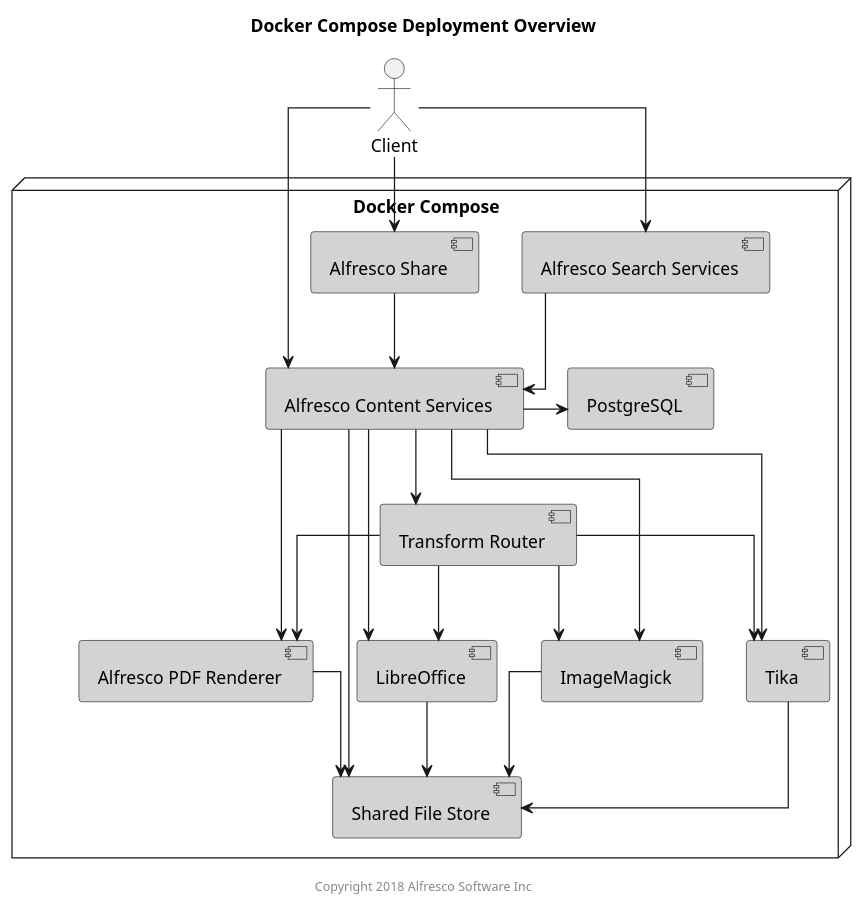
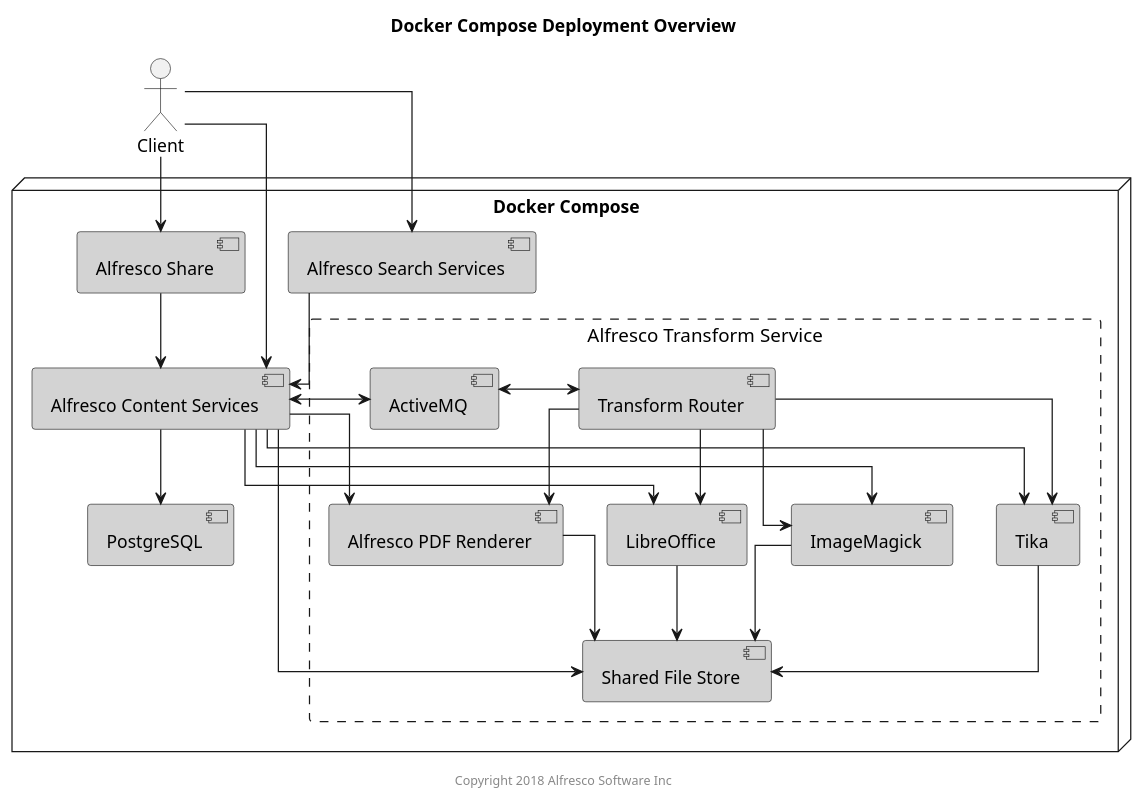
One commit to Alfresco/acs-deployment changed the diagram in docs/diagrams/docker-compose/docker-compose-components.puml. Above: the diagram before and after it, drawn with PlantUML. The commit also changed 3 other files, not shown here.

Commit message:
ATS-92 : The first Deployment update for ACS (Repo) to use ATS    - updated diagrams with activemq and ATS grouping

```diff
--- a/docs/diagrams/docker-compose/docker-compose-components.puml
+++ b/docs/diagrams/docker-compose/docker-compose-components.puml
@@ -1,47 +1,56 @@
 @startuml
 
 Title: Docker Compose Deployment Overview
 
 skinparam componentStyle uml2
 skinparam linetype ortho
+skinparam rectangle {
+    BorderStyle dashed
+    FontSize 15
+    FontStyle none
+}
 
 actor Client
 
 node "Docker Compose" {
     component "Alfresco Content Services" as acs #lightgrey
-    component "Transform Router" as trouter #lightgrey
-    component "Shared File Store" as sfs #lightgrey
     component "Alfresco Search Services" as ass #lightgrey
     component "PostgreSQL" as psql #lightgrey
-    component "Alfresco PDF Renderer" as pdfr #lightgrey
-    component "LibreOffice" as libr #lightgrey
-    component "ImageMagick" as img #lightgrey
-    component "Tika" as tika #lightgrey
     component "Alfresco Share" as share #lightgrey
+    rectangle "Alfresco Transform Service" {
+        component "Transform Router" as tr #lightgrey
+        component "Shared File Store" as sfs #lightgrey
+        component "ActiveMQ" as amq #lightgrey
+        component "Alfresco PDF Renderer" as pdfr #lightgrey
+        component "LibreOffice" as libr #lightgrey
+        component "ImageMagick" as img #lightgrey
+        component "Tika" as tika #lightgrey
+    }
 }
 
 Client --> acs
 Client --> ass
 Client --> share
 
 ass --> acs
-acs -right-> psql
+acs --> psql
 acs --> pdfr
 acs --> libr
 acs --> img
 acs --> tika
-acs --> trouter
 acs --> sfs
-trouter --> pdfr
-trouter --> libr
-trouter --> img
-trouter --> tika
+acs <-left-> amq
+tr --> pdfr
+tr --> libr
+tr --> img
+tr --> tika
+tr <-left-> amq
 pdfr --> sfs
 libr --> sfs
 img --> sfs
 tika --> sfs
 share --> acs
 
 center footer Copyright 2018 Alfresco Software Inc
 
 @enduml
```
